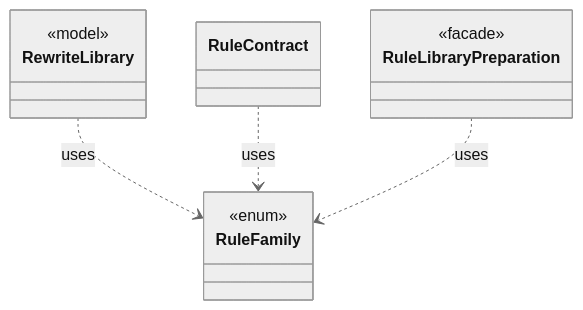
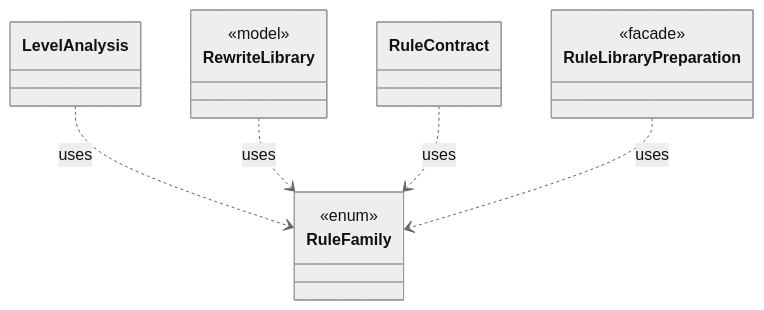
The diagram in dev/types/io.github.tlaplus.hardening.gen.rewrite.RuleFamily.md (tlaplus/model-checker-hardening), drawn with Mermaid (neutral theme) before and after one commit. The commit also changed other lines of this file and 405 other files, not shown here.

````diff
--- a/dev/types/io.github.tlaplus.hardening.gen.rewrite.RuleFamily.md
+++ b/dev/types/io.github.tlaplus.hardening.gen.rewrite.RuleFamily.md
@@ -9,16 +9,18 @@
 ```mermaid
 classDiagram
   class RuleFamily {
     <<enum>>
   }
+  class LevelAnalysis
   class RewriteLibrary {
     <<model>>
   }
   class RuleContract
   class RuleLibraryPreparation {
     <<facade>>
   }
+  LevelAnalysis ..> RuleFamily : uses
   RewriteLibrary ..> RuleFamily : uses
   RuleContract ..> RuleFamily : uses
   RuleLibraryPreparation ..> RuleFamily : uses
 ```
````
